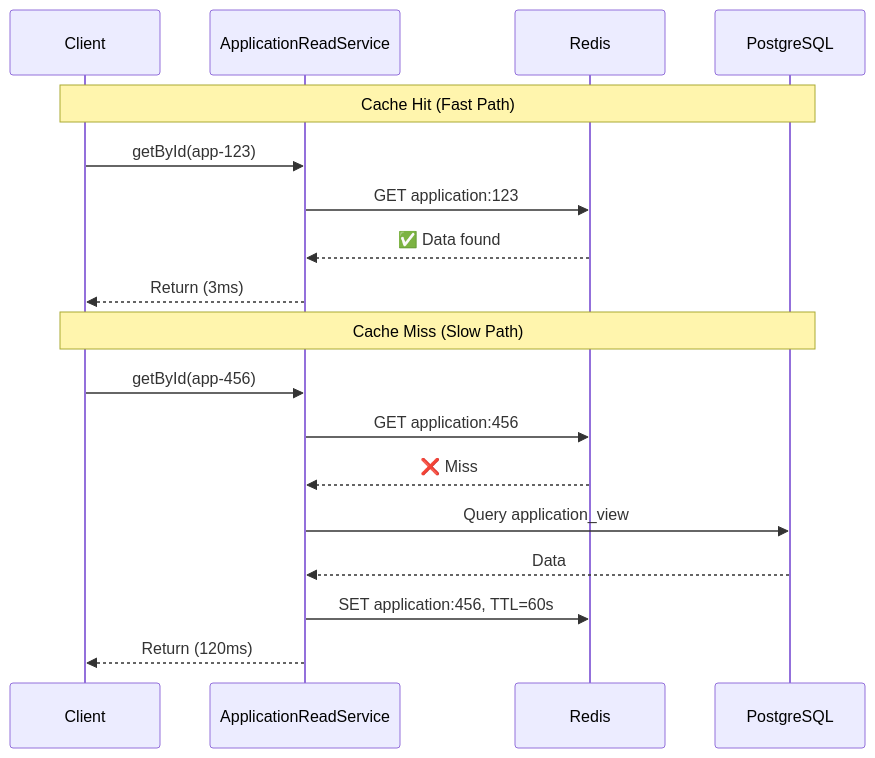
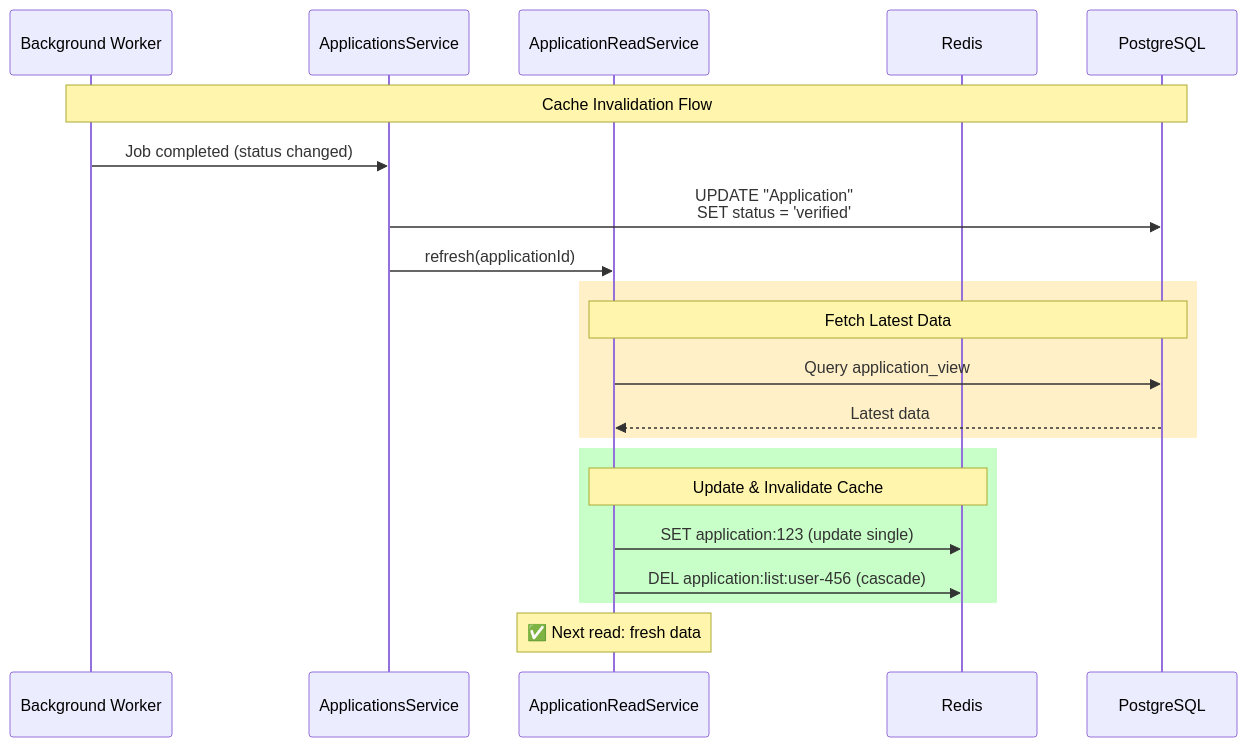
Diagram 13 of 14 in backend/docs/SYSTEM_FLOW_AFTER_PATTERNS.md (huytu0702/university_admission_portal), drawn with Mermaid before and after one commit. The commit also changed other lines of this file, not shown here.

````diff
--- a/backend/docs/SYSTEM_FLOW_AFTER_PATTERNS.md
+++ b/backend/docs/SYSTEM_FLOW_AFTER_PATTERNS.md
@@ -1620,22 +1803,29 @@
 ```mermaid
 sequenceDiagram
-    participant Client
-    participant Service as ApplicationReadService
+    participant Worker as Background Worker
+    participant Service as ApplicationsService
+    participant ReadService as ApplicationReadService
     participant Cache as Redis
     participant DB as PostgreSQL
     
-    Note over Client,DB: Cache Hit (Fast Path)
-    Client->>Service: getById(app-123)
-    Service->>Cache: GET application:123
-    Cache-->>Service: ✅ Data found
-    Service-->>Client: Return (3ms)
+    Note over Worker,DB: Cache Invalidation Flow
     
-    Note over Client,DB: Cache Miss (Slow Path)
-    Client->>Service: getById(app-456)
-    Service->>Cache: GET application:456
-    Cache-->>Service: ❌ Miss
-    Service->>DB: Query application_view
-    DB-->>Service: Data
-    Service->>Cache: SET application:456, TTL=60s
-    Service-->>Client: Return (120ms)
+    Worker->>Service: Job completed (status changed)
+    Service->>DB: UPDATE "Application"<br/>SET status = 'verified'
+    
+    Service->>ReadService: refresh(applicationId)
+    
+    rect rgb(255, 240, 200)
+    Note over ReadService,DB: Fetch Latest Data
+    ReadService->>DB: Query application_view
+    DB-->>ReadService: Latest data
+    end
+    
+    rect rgb(200, 255, 200)
+    Note over ReadService,Cache: Update & Invalidate Cache
+    ReadService->>Cache: SET application:123 (update single)
+    ReadService->>Cache: DEL application:list:user-456 (cascade)
+    end
+    
+    Note over ReadService: ✅ Next read: fresh data
 ```
````
